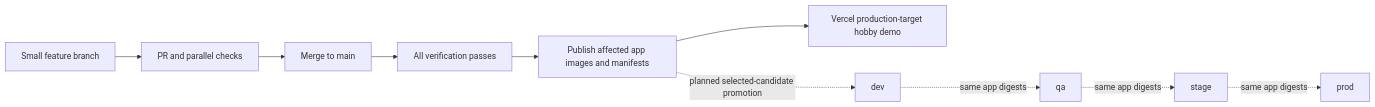
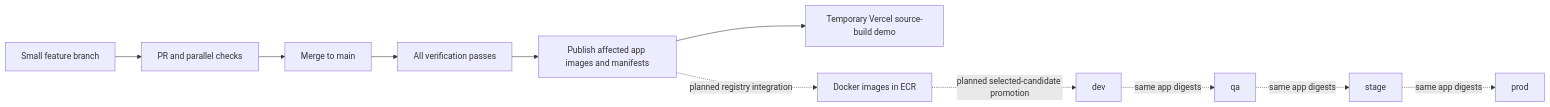
One commit to ashvir99260/flowboard changed the diagram in docs/DELIVERY_OPERATIONS.md. Above: the diagram before and after it, drawn with Mermaid. The commit also changed other lines of this file and 18 other files, not shown here.

````diff
--- a/docs/DELIVERY_OPERATIONS.md
+++ b/docs/DELIVERY_OPERATIONS.md
@@ -21,12 +21,13 @@
 ```mermaid
 flowchart LR
   Branch[Small feature branch] --> PR[PR and parallel checks]
   PR --> Main[Merge to main]
   Main --> Gates[All verification passes]
   Gates --> Releases[Publish affected app images and manifests]
-  Releases --> Preview[Vercel production-target hobby demo]
-  Releases -. planned selected-candidate promotion .-> Dev[dev]
+  Releases --> Preview[Temporary Vercel source-build demo]
+  Releases -. planned registry integration .-> ECR[Docker images in ECR]
+  ECR -. planned selected-candidate promotion .-> Dev[dev]
   Dev -. same app digests .-> QA[qa]
   QA -. same app digests .-> Stage[stage]
   Stage -. same app digests .-> Prod[prod]
 ```
````
